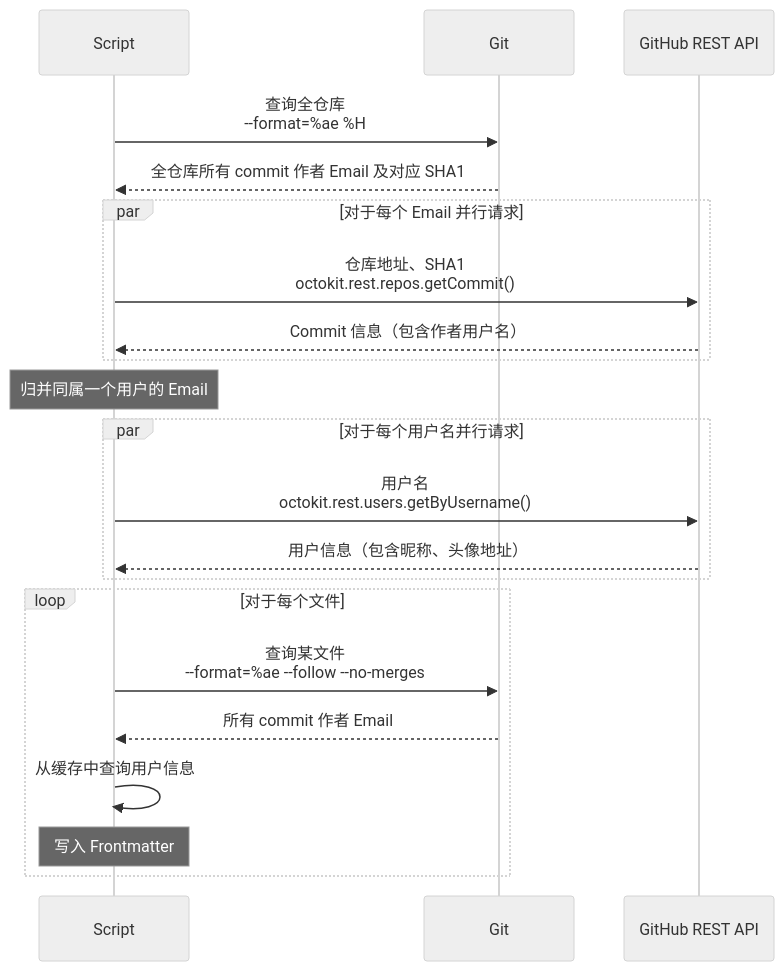
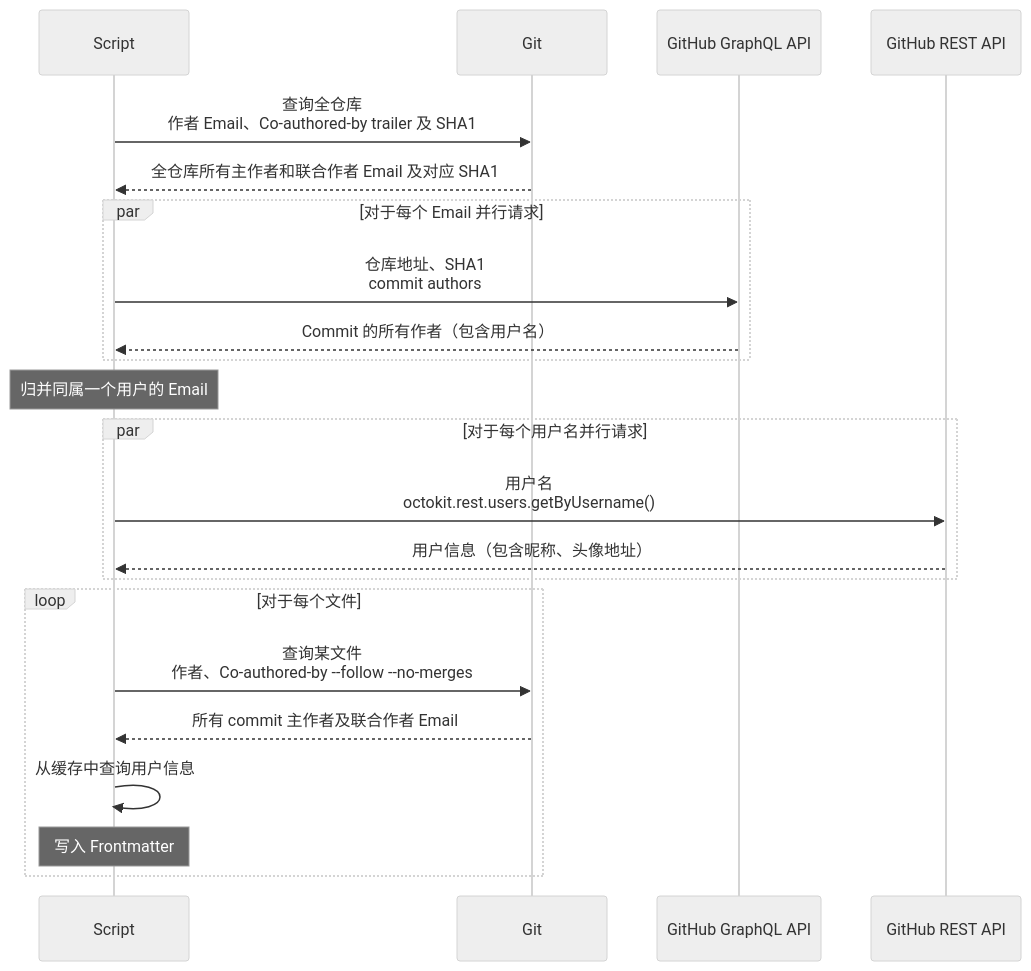
One commit to Linho1219/LinhoNotes changed the second of 2 diagrams in 仓库贡献指南/网站开发/3-项目结构/文章底部贡献者列表.md. Above: the diagram before and after it, drawn with Mermaid (neutral theme). The commit also changed other lines of this file and 1 other file, not shown here.

````diff
--- a/仓库贡献指南/网站开发/3-项目结构/文章底部贡献者列表.md
+++ b/仓库贡献指南/网站开发/3-项目结构/文章底部贡献者列表.md
@@ -43,20 +43,20 @@
 ```mermaid
 sequenceDiagram
-  Script ->> Git: 查询全仓库<br>--format=%ae %H
-  Git -->> Script: 全仓库所有 commit 作者 Email 及对应 SHA1
+    Script ->> Git: 查询全仓库<br>作者 Email、Co-authored-by trailer 及 SHA1
+    Git -->> Script: 全仓库所有主作者和联合作者 Email 及对应 SHA1
   par 对于每个 Email 并行请求
-    Script ->> GitHub REST API: 仓库地址、SHA1<br>octokit.rest.repos.getCommit()
-    GitHub REST API -->> Script: Commit 信息（包含作者用户名）
+    Script ->> GitHub GraphQL API: 仓库地址、SHA1<br>commit authors
+    GitHub GraphQL API -->> Script: Commit 的所有作者（包含用户名）
   end
 	Note over Script: 归并同属一个用户的 Email
 	par 对于每个用户名并行请求
     Script ->> GitHub REST API: 用户名<br>octokit.rest.users.getByUsername()
     GitHub REST API -->> Script: 用户信息（包含昵称、头像地址）
   end
   loop 对于每个文件
-    Script ->> Git: 查询某文件<br>--format=%ae --follow --no-merges
-    Git -->> Script: 所有 commit 作者 Email
+    Script ->> Git: 查询某文件<br>作者、Co-authored-by --follow --no-merges
+    Git -->> Script: 所有 commit 主作者及联合作者 Email
 		Script ->> Script: 从缓存中查询用户信息
 		Note over Script: 写入 Frontmatter
   end
 ```
````
